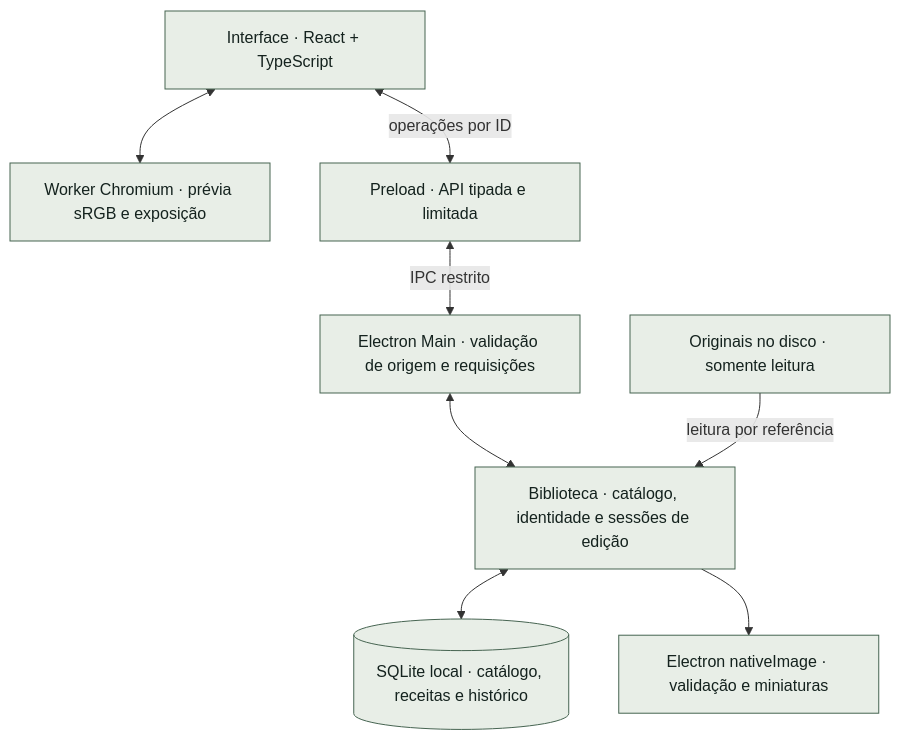
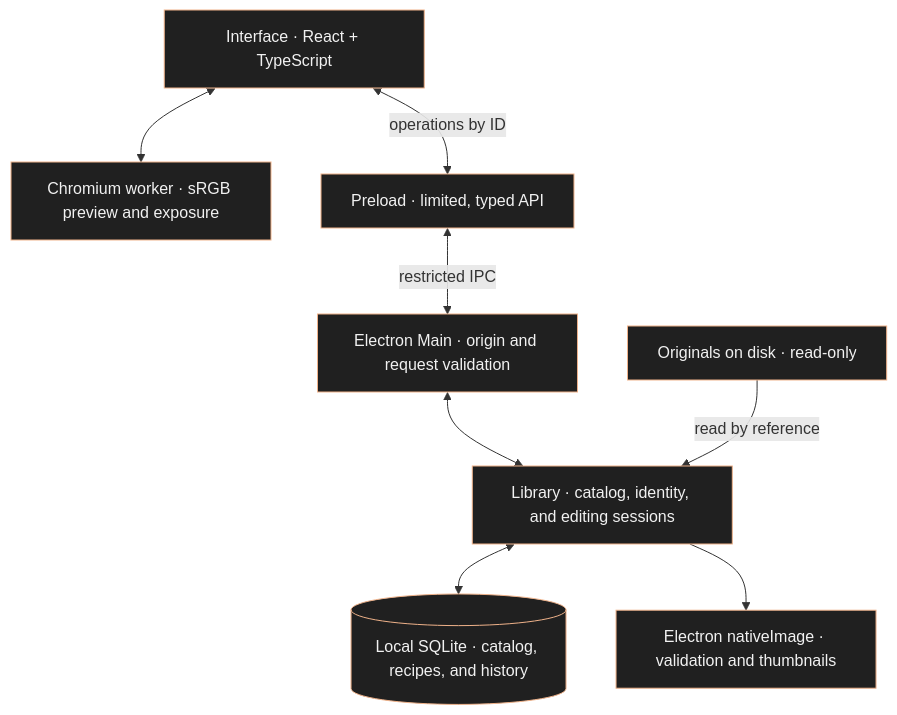
The diagram in README.md (glaucia86/revelumo), drawn with Mermaid before and after one commit. The commit also changed other lines of this file and 2 other files, not shown here.

````diff
--- a/README.md
+++ b/README.md
@@ -205,22 +209,22 @@
 ```mermaid
 flowchart TB
     UI["Interface · React + TypeScript"]
-    EDIT["Worker Chromium · prévia sRGB e exposição"]
-    PRE["Preload · API tipada e limitada"]
-    MAIN["Electron Main · validação de origem e requisições"]
-    LIB["Biblioteca · catálogo, identidade e sessões de edição"]
-    DB[("SQLite local · catálogo, receitas e histórico")]
-    DEC["Electron nativeImage · validação e miniaturas"]
-    FILES["Originais no disco · somente leitura"]
+    EDIT["Chromium worker · sRGB preview and exposure"]
+    PRE["Preload · limited, typed API"]
+    MAIN["Electron Main · origin and request validation"]
+    LIB["Library · catalog, identity, and editing sessions"]
+    DB[("Local SQLite · catalog, recipes, and history")]
+    DEC["Electron nativeImage · validation and thumbnails"]
+    FILES["Originals on disk · read-only"]
 
     UI <--> EDIT
-    UI <-->|"operações por ID"| PRE
-    PRE <-->|"IPC restrito"| MAIN
+    UI <-->|"operations by ID"| PRE
+    PRE <-->|"restricted IPC"| MAIN
     MAIN <--> LIB
     LIB <--> DB
     LIB --> DEC
-    FILES -->|"leitura por referência"| LIB
+    FILES -->|"read by reference"| LIB
 
-    classDef local fill:#e8eee7,stroke:#466451,color:#14221e;
+    classDef local fill:#202020,stroke:#efb28a,color:#f1f1f1;
     class UI,EDIT,PRE,MAIN,LIB,DB,DEC,FILES local;
 ```
````
